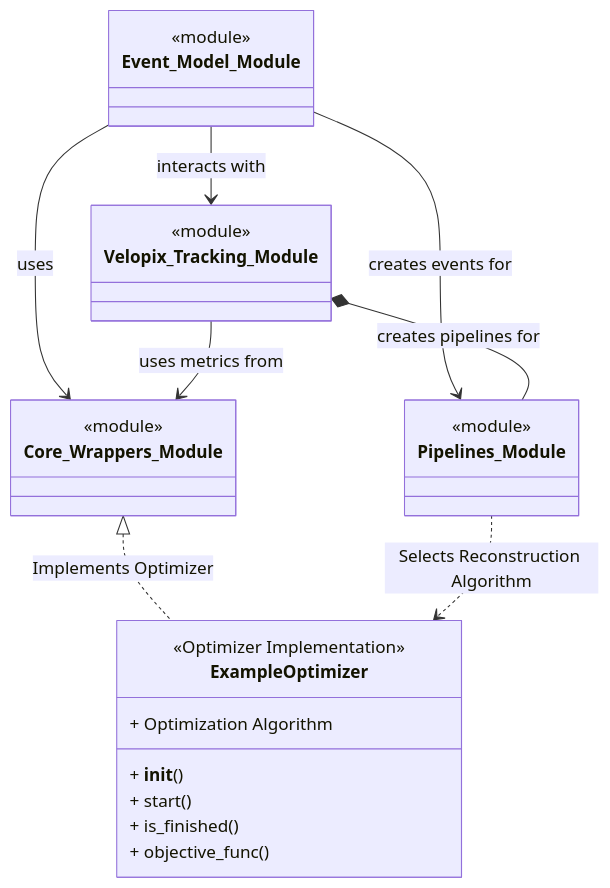
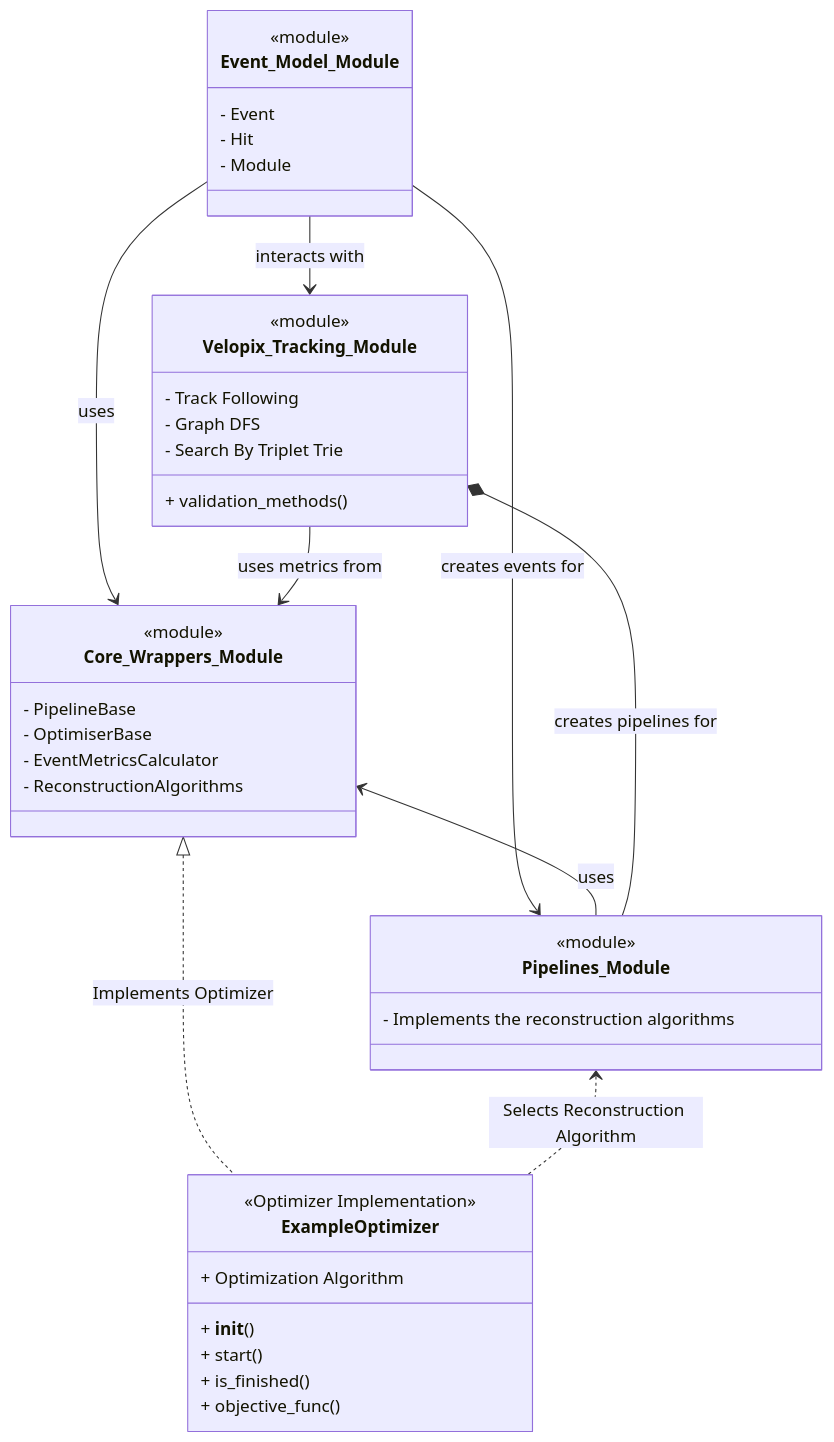
One commit to SvenHockers/velopix_tracking changed the diagram in readme.md. Above: the diagram before and after it, drawn with Mermaid.

Commit message:
Improves UML overview

````diff
--- a/readme.md
+++ b/readme.md
@@ -142,23 +142,37 @@
 ```mermaid
 classDiagram
-class Event_Model_Module {<<module>>} 
-class Velopix_Tracking_Module {<<module>>} 
-class Core_Wrappers_Module {<<module>>} 
-class Pipelines_Module {<<module>>} 
+class Event_Model_Module {<<module>>
+- Event
+- Hit
+- Module} 
+class Velopix_Tracking_Module {<<module>>
+- Track Following
+- Graph DFS
+- Search By Triplet Trie
++ validation_methods()} 
+class Core_Wrappers_Module {<<module>>
+- PipelineBase
+- OptimiserBase
+- EventMetricsCalculator
+- ReconstructionAlgorithms} 
+class Pipelines_Module {<<module>>
+ - Implements the reconstruction algorithms
+} 
 class ExampleOptimizer {<<Optimizer Implementation>>
     + Optimization Algorithm
     + __init__()
     + start()
     + is_finished()
     + objective_func()}
 
 Event_Model_Module --> Velopix_Tracking_Module : interacts with
 Event_Model_Module --> Core_Wrappers_Module : uses
 Event_Model_Module --> Pipelines_Module : creates events for
+Core_Wrappers_Module <-- Pipelines_Module : uses 
 
 Velopix_Tracking_Module --> Core_Wrappers_Module : uses metrics from
 Velopix_Tracking_Module *-- Pipelines_Module : creates pipelines for
 
 Core_Wrappers_Module <|.. ExampleOptimizer : Implements Optimizer
-Pipelines_Module ..> ExampleOptimizer : Selects Reconstruction Algorithm
+Pipelines_Module <.. ExampleOptimizer : Selects Reconstruction Algorithm
 ```
````
